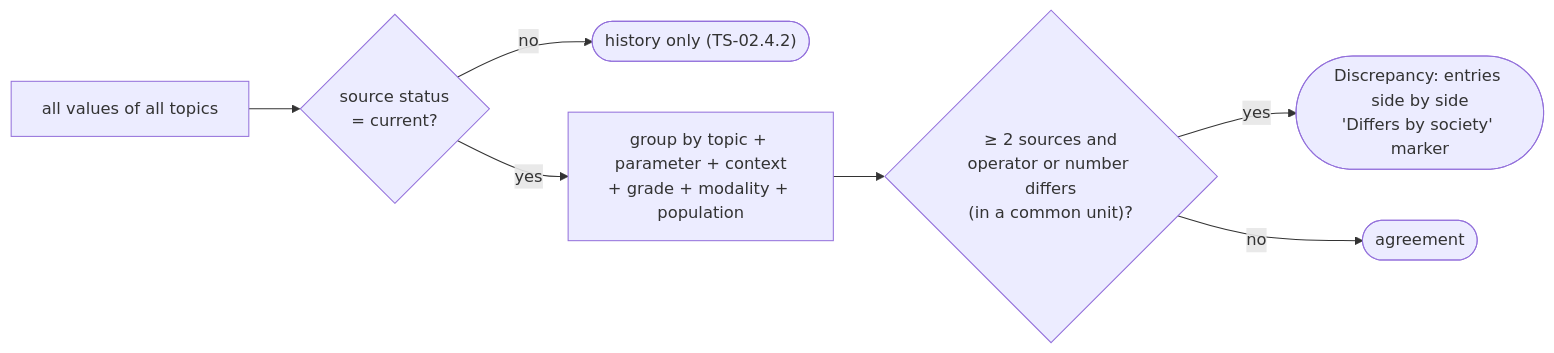
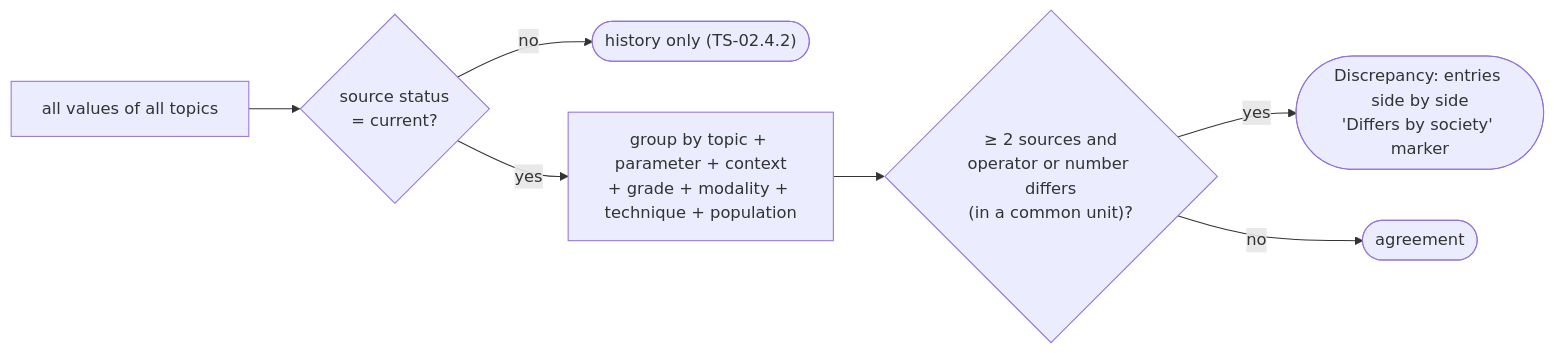
One commit to tudorgrigoriu90/valvia changed the third of 4 diagrams in docs/content-model.md. Above: the diagram before and after it, drawn with Mermaid. The commit also changed other lines of this file and 7 other files, not shown here.

````diff
--- a/docs/content-model.md
+++ b/docs/content-model.md
@@ -229,9 +230,9 @@
 ```mermaid
 flowchart LR
     v["all values of all topics"] --> cur{"source status<br/>= current?"}
     cur -- no --> hist(["history only (TS-02.4.2)"])
-    cur -- yes --> grp["group by topic + parameter + context<br/>+ grade + modality + population"]
+    cur -- yes --> grp["group by topic + parameter + context<br/>+ grade + modality + technique + population"]
     grp --> cmp{"≥ 2 sources and<br/>operator or number differs<br/>(in a common unit)?"}
     cmp -- yes --> flag(["Discrepancy: entries side by side<br/>'Differs by society' marker"])
     cmp -- no --> ok(["agreement"])
 ```
````
